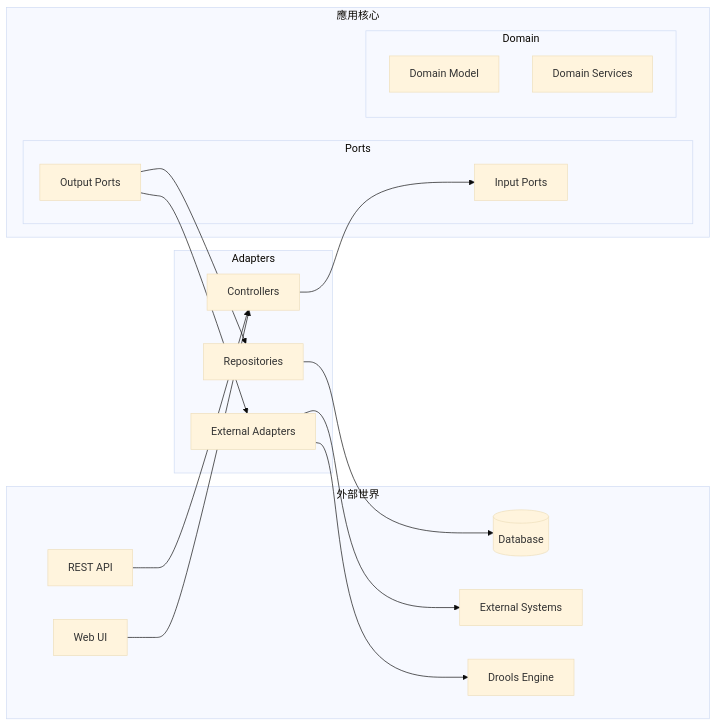
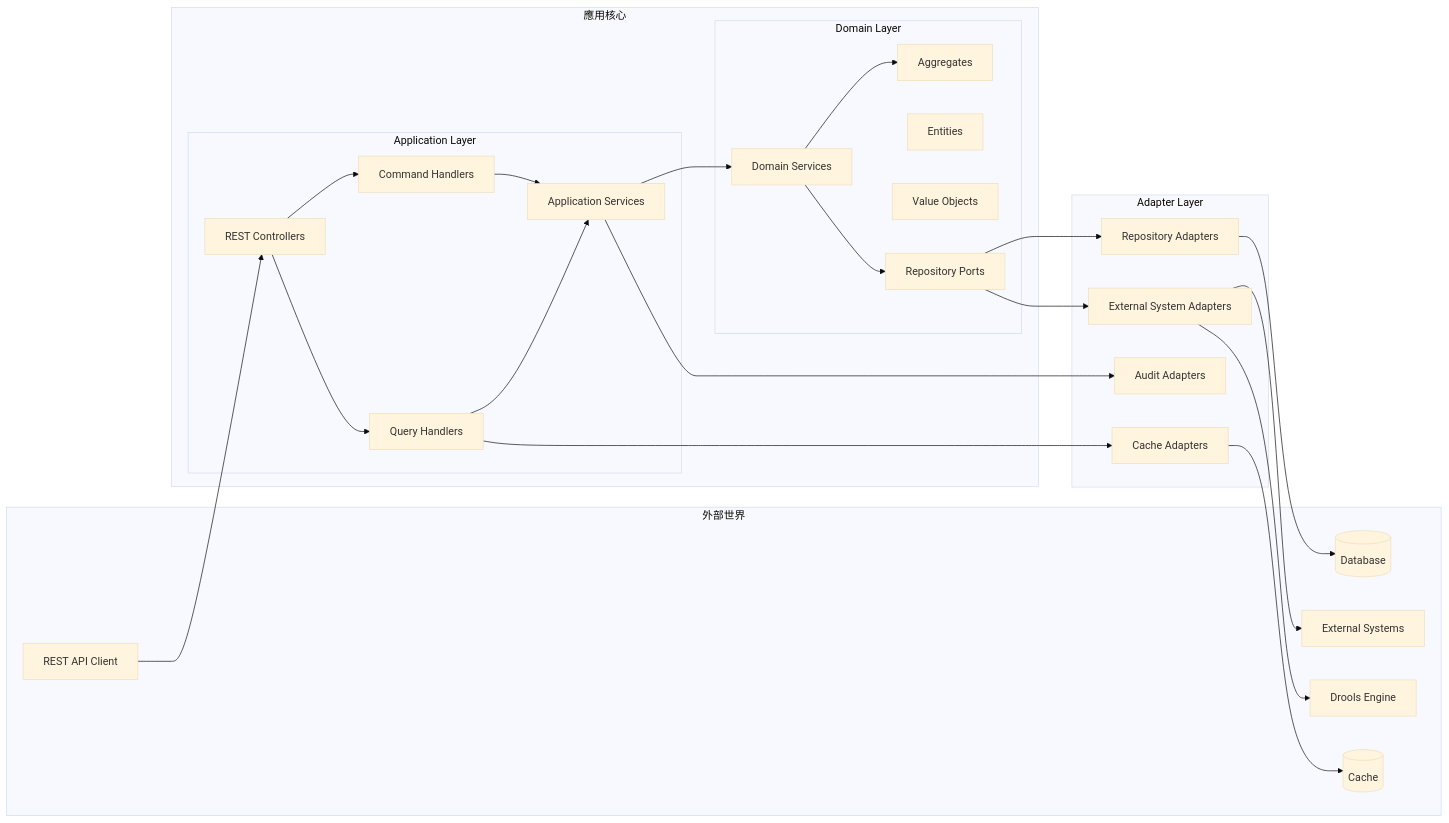
One commit to ChunPingWang/banking-benefit-process-engine-kiro changed the second of 2 diagrams in .kiro/specs/bank-customer-promotion-system/design.md. Above: the diagram before and after it, drawn with Mermaid (base theme). The commit also changed other lines of this file and 5 other files, not shown here.

````diff
--- a/.kiro/specs/bank-customer-promotion-system/design.md
+++ b/.kiro/specs/bank-customer-promotion-system/design.md
@@ -52,37 +51,51 @@
 ```mermaid
 graph LR
     subgraph "外部世界"
-        REST[REST API]
-        WEB[Web UI]
+        REST[REST API Client]
         DB[(Database)]
         EXT[External Systems]
         RULES[Drools Engine]
+        CACHE[(Cache)]
     end
     
     subgraph "應用核心"
-        subgraph "Ports"
-            IP[Input Ports]
-            OP[Output Ports]
+        subgraph "Application Layer"
+            CTRL[REST Controllers]
+            CMD[Command Handlers]
+            QRY[Query Handlers]
+            APP[Application Services]
         end
         
-        subgraph "Domain"
-            DM[Domain Model]
+        subgraph "Domain Layer"
+            AGG[Aggregates]
+            ENT[Entities]
+            VO[Value Objects]
             DS[Domain Services]
+            PORTS[Repository Ports]
         end
     end
     
-    subgraph "Adapters"
-        CTRL[Controllers]
-        REPO[Repositories]
-        EXTADP[External Adapters]
+    subgraph "Adapter Layer"
+        REPO[Repository Adapters]
+        EXTADP[External System Adapters]
+        CACHE_ADP[Cache Adapters]
+        AUDIT_ADP[Audit Adapters]
     end
     
     REST --> CTRL
-    WEB --> CTRL
-    CTRL --> IP
-    OP --> REPO
-    OP --> EXTADP
+    CTRL --> CMD
+    CTRL --> QRY
+    CMD --> APP
+    QRY --> APP
+    APP --> DS
+    DS --> AGG
+    DS --> PORTS
+    PORTS --> REPO
+    PORTS --> EXTADP
     REPO --> DB
     EXTADP --> EXT
     EXTADP --> RULES
+    QRY --> CACHE_ADP
+    CACHE_ADP --> CACHE
+    APP --> AUDIT_ADP
 ```
````
